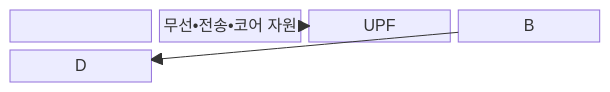
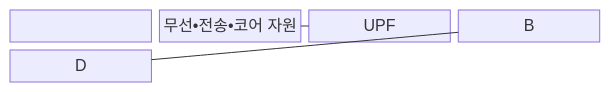
The first of 2 diagrams in src/content/docs/notes/04-network/039_5g_network_slicing.md (agnusdei1207/knowledge-base), drawn with Mermaid before and after one commit. The commit also changed other lines of this file and 493 other files, not shown here.

````diff
--- a/src/content/docs/notes/04-network/039_5g_network_slicing.md
+++ b/src/content/docs/notes/04-network/039_5g_network_slicing.md
@@ -67,8 +67,8 @@
 ```mermaid
-block
+block-beta
     columns 4
-    A["서비스•SLA 모델"] --> B["슬라이스 오케스트레이터"] --> C["무선•전송•코어 자원"]
-    D["NSSF"] --> E["AMF"] --> F["SMF"] --> G["UPF"]
-    B --> D
-    C --> G
+    A["서비스•SLA 모델"] --- B["슬라이스 오케스트레이터"] --- C["무선•전송•코어 자원"]
+    D["NSSF"] --- E["AMF"] --- F["SMF"] --- G["UPF"]
+    B --- D
+    C --- G
 ```
````
